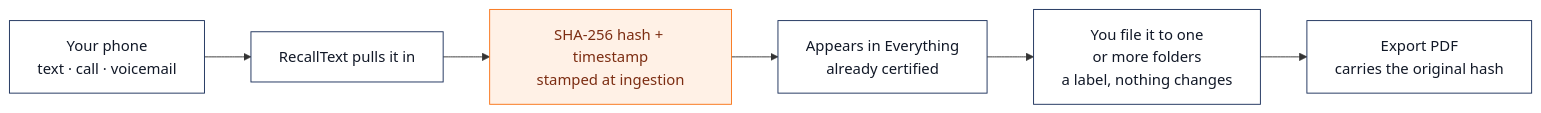
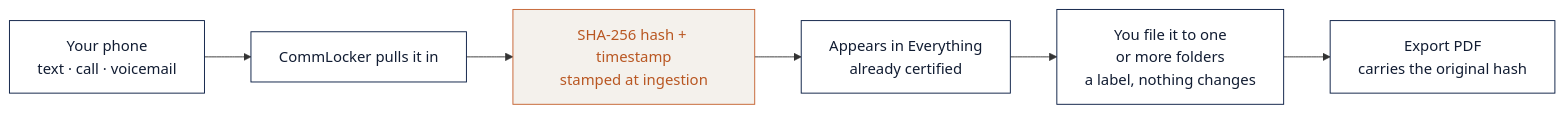
One commit to CoachCotner/Recalltext changed the first of 2 diagrams in v2/PLAN.md. Above: the diagram before and after it, drawn with Mermaid. The commit also changed other lines of this file and 11 other files, not shown here.

First line of the commit message:
v2: CommLocker brand, locked palette, theme switch

````diff
--- a/v2/PLAN.md
+++ b/v2/PLAN.md
@@ -21,12 +21,12 @@
 ```mermaid
 flowchart LR
-  P[Your phone<br/>text · call · voicemail] --> I[RecallText pulls it in]
+  P[Your phone<br/>text · call · voicemail] --> I[CommLocker pulls it in]
   I --> H[SHA-256 hash + timestamp<br/>stamped at ingestion]
   H --> E[Appears in Everything<br/>already certified]
   E --> F[You file it to one<br/>or more folders<br/>a label, nothing changes]
   F --> X[Export PDF<br/>carries the original hash]
-  classDef key fill:#FFF1E6,stroke:#F97316,color:#7C2D12
-  classDef step fill:#FFFFFF,stroke:#1A2F5A,color:#111827
+  classDef key fill:#F4F1EC,stroke:#C56230,color:#B95722
+  classDef step fill:#FFFFFF,stroke:#071B42,color:#111C32
   class H key
   class P,I,E,F,X step
 ```
````
